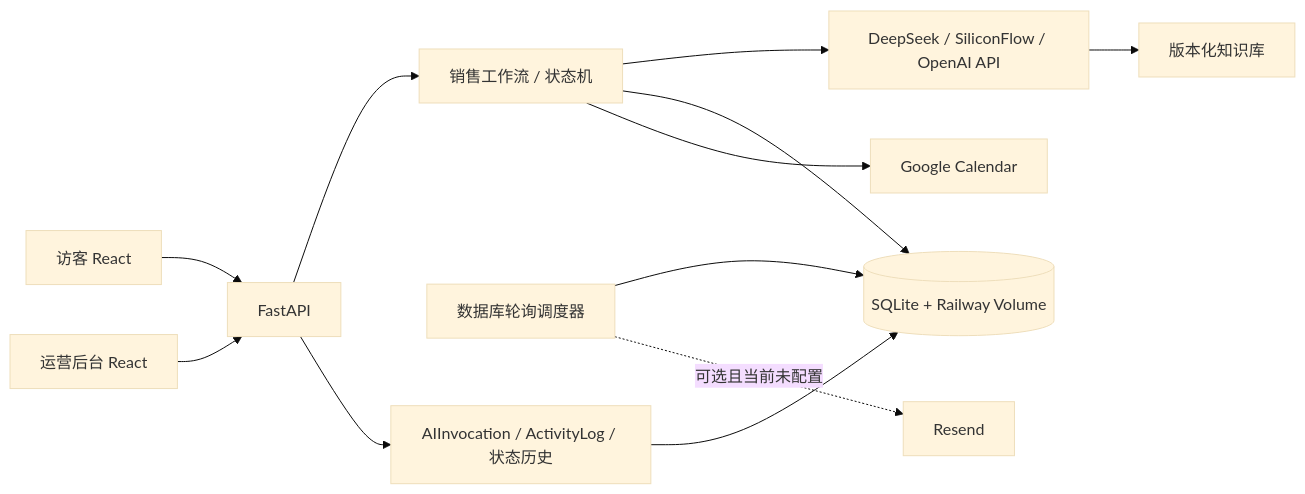
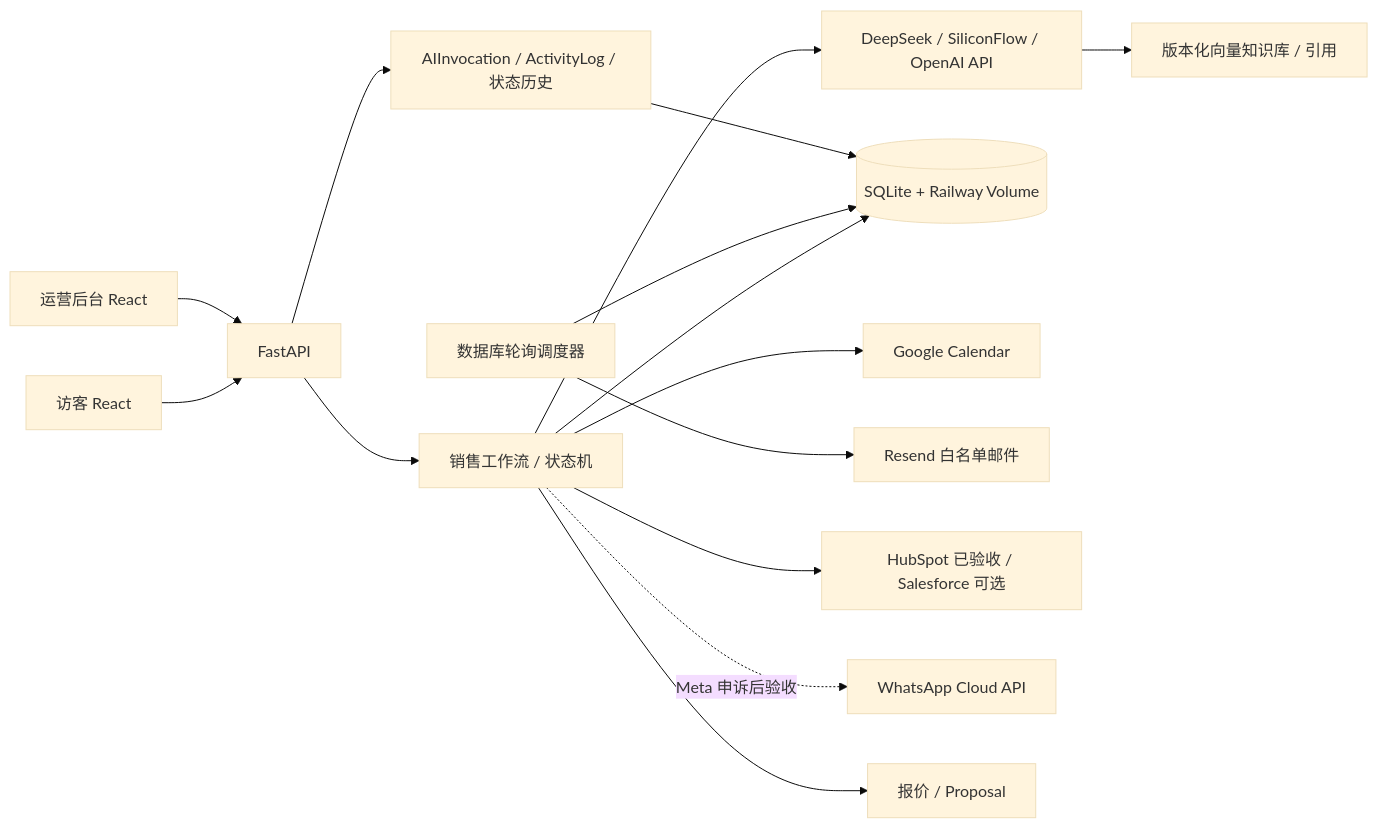
Before and after one commit to wuyuhang0519-cyber/julu-ai-sales-assistant: the diagram in README.md, drawn with Mermaid (base theme). The commit also changed other lines of this file and 7 other files, not shown here.

````diff
--- a/README.md
+++ b/README.md
@@ -53,14 +61,17 @@
 ```mermaid
 flowchart LR
   V[访客 React] --> API[FastAPI]
   O[运营后台 React] --> API
   API --> WF[销售工作流 / 状态机]
   WF --> AI[DeepSeek / SiliconFlow / OpenAI API]
-  AI --> KB[版本化知识库]
+  AI --> KB[版本化向量知识库 / 引用]
   WF --> DB[(SQLite + Railway Volume)]
   WF --> CAL[Google Calendar]
   SCH[数据库轮询调度器] --> DB
-  SCH -. 可选且当前未配置 .-> MAIL[Resend]
+  SCH --> MAIL[Resend 白名单邮件]
+  WF --> CRM[HubSpot 已验收 / Salesforce 可选]
+  WF -. Meta 申诉后验收 .-> WA[WhatsApp Cloud API]
+  WF --> DOC[报价 / Proposal]
   API --> AUDIT[AIInvocation / ActivityLog / 状态历史]
   AUDIT --> DB
 ```
````
